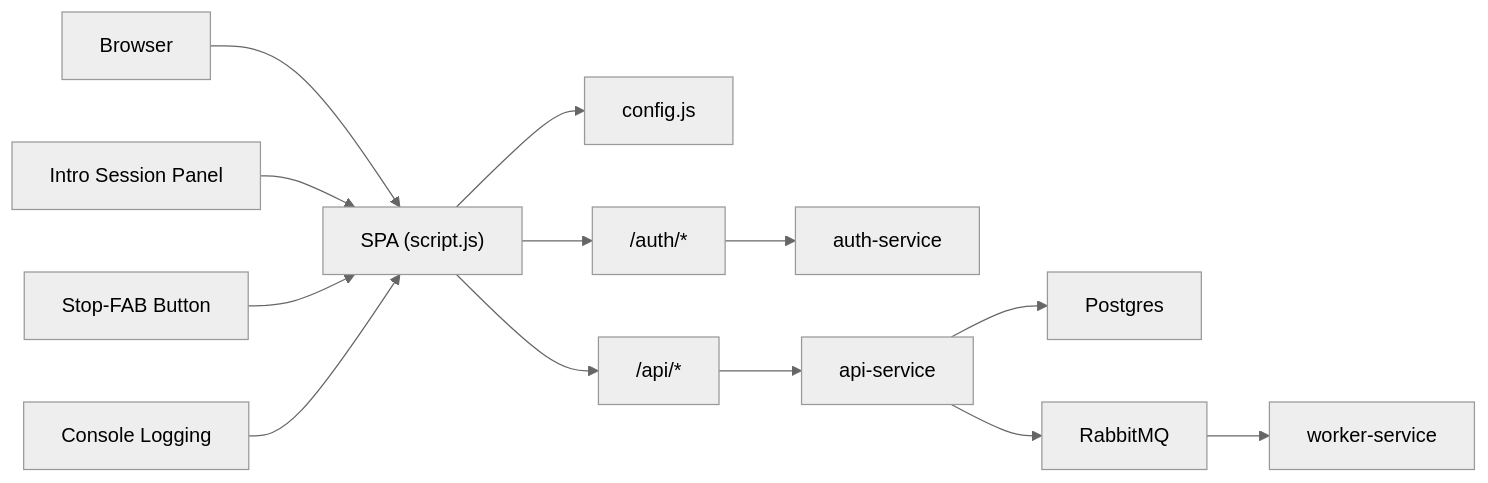
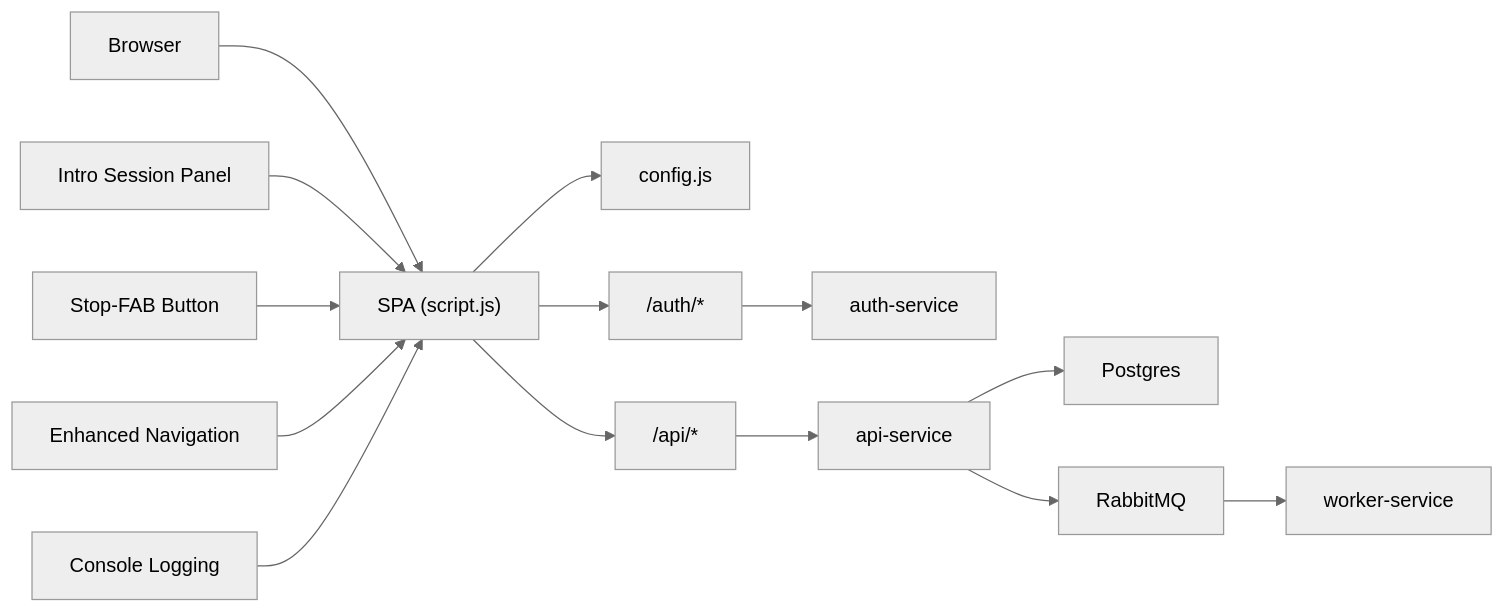
Diagram 11 of 11 in .qoder/repowiki/en/content/Frontend Application.md (ikramhh/signvue-project), drawn with Mermaid (neutral theme) before and after one commit. The commit also changed other lines of this file and 9 other files, not shown here.

````diff
--- a/.qoder/repowiki/en/content/Frontend Application.md
+++ b/.qoder/repowiki/en/content/Frontend Application.md
@@ -477,15 +507,16 @@
 ```mermaid
 graph LR
 Browser["Browser"] --> SPA["SPA (script.js)"]
 SPA --> Config["config.js"]
 SPA --> AuthAPI["/auth/*"]
 SPA --> ApiAPI["/api/*"]
 AuthAPI --> AuthSvc["auth-service"]
 ApiAPI --> ApiSvc["api-service"]
 ApiSvc --> DB["Postgres"]
 ApiSvc --> MQ["RabbitMQ"]
 MQ --> Worker["worker-service"]
 IntroSession["Intro Session Panel"] --> SPA
 StopFab["Stop-FAB Button"] --> SPA
+NavSystem["Enhanced Navigation"] --> SPA
 DebugLogs["Console Logging"] --> SPA
 ```
````
